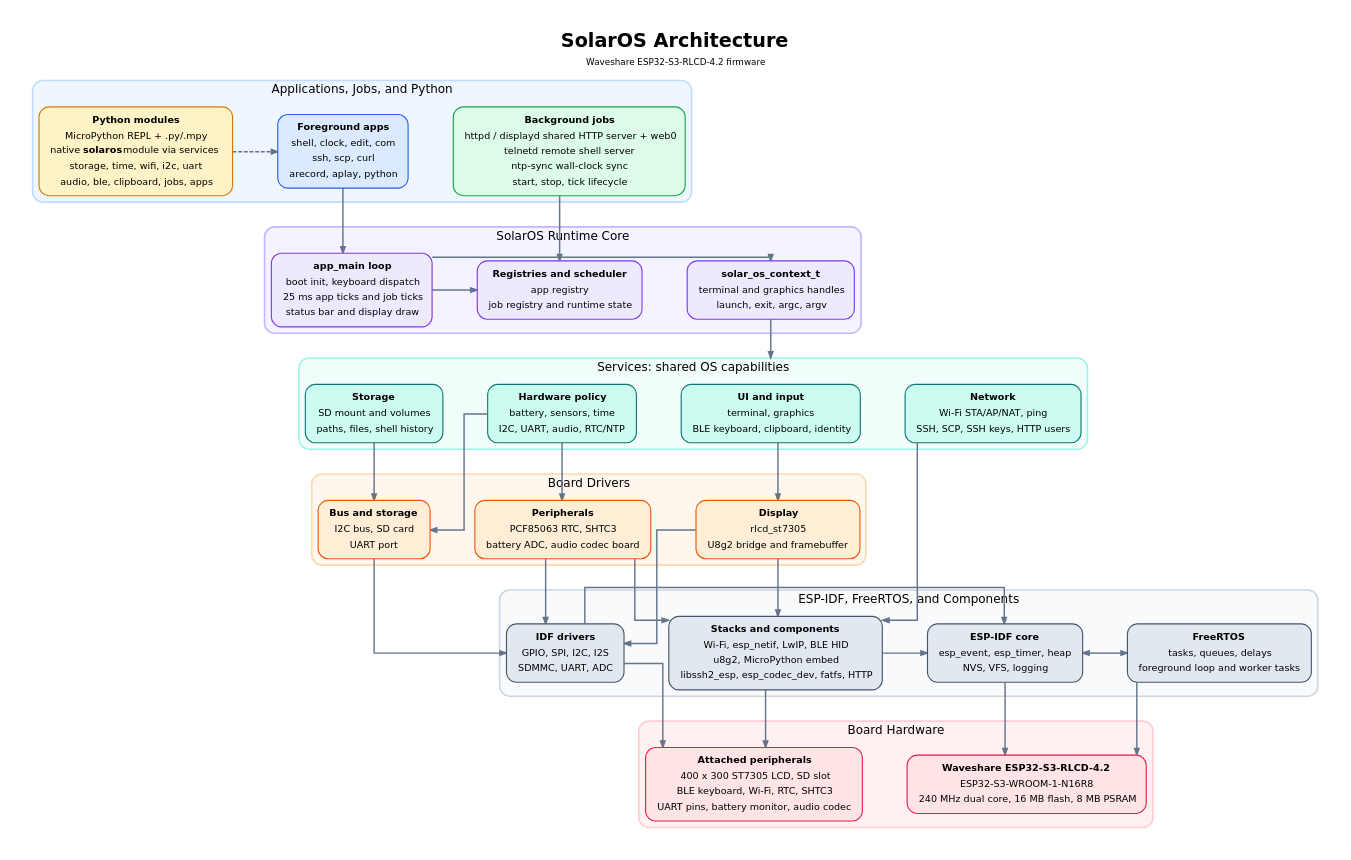
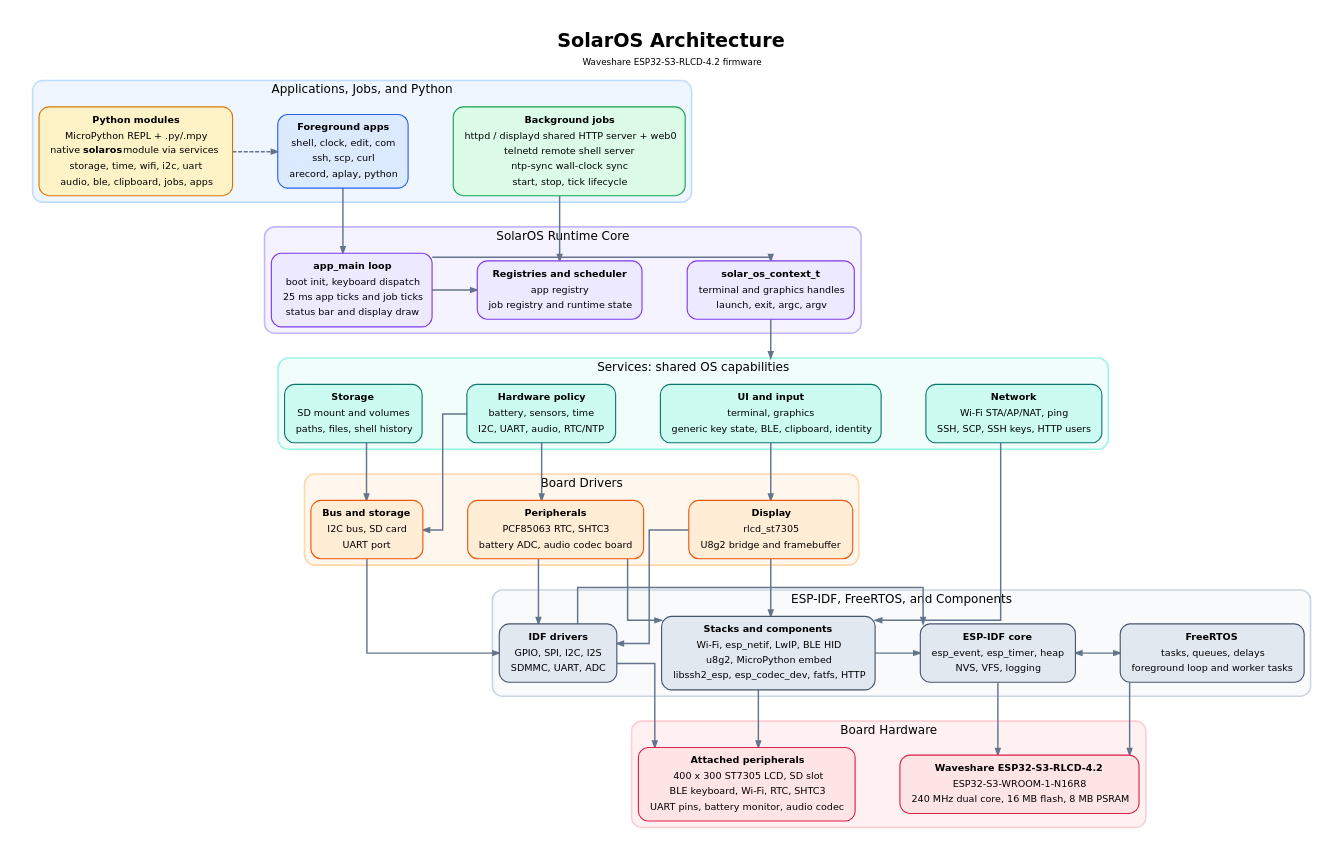
The diagram in doc/solar_os_architecture.dot (metegokhan/sol_os_gui), drawn with Graphviz before and after one commit. The commit also changed 29 other files, not shown here.

```diff
--- a/doc/solar_os_architecture.dot
+++ b/doc/solar_os_architecture.dot
@@ -151,7 +151,7 @@
                 <TABLE BORDER="0" CELLBORDER="0" CELLSPACING="2">
                     <TR><TD><B>UI and input</B></TD></TR>
                     <TR><TD>terminal, graphics</TD></TR>
-                    <TR><TD>BLE keyboard, clipboard, identity</TD></TR>
+                    <TR><TD>generic key state, BLE, clipboard, identity</TD></TR>
                 </TABLE>
             >,
             fillcolor="#ccfbf1",
```
